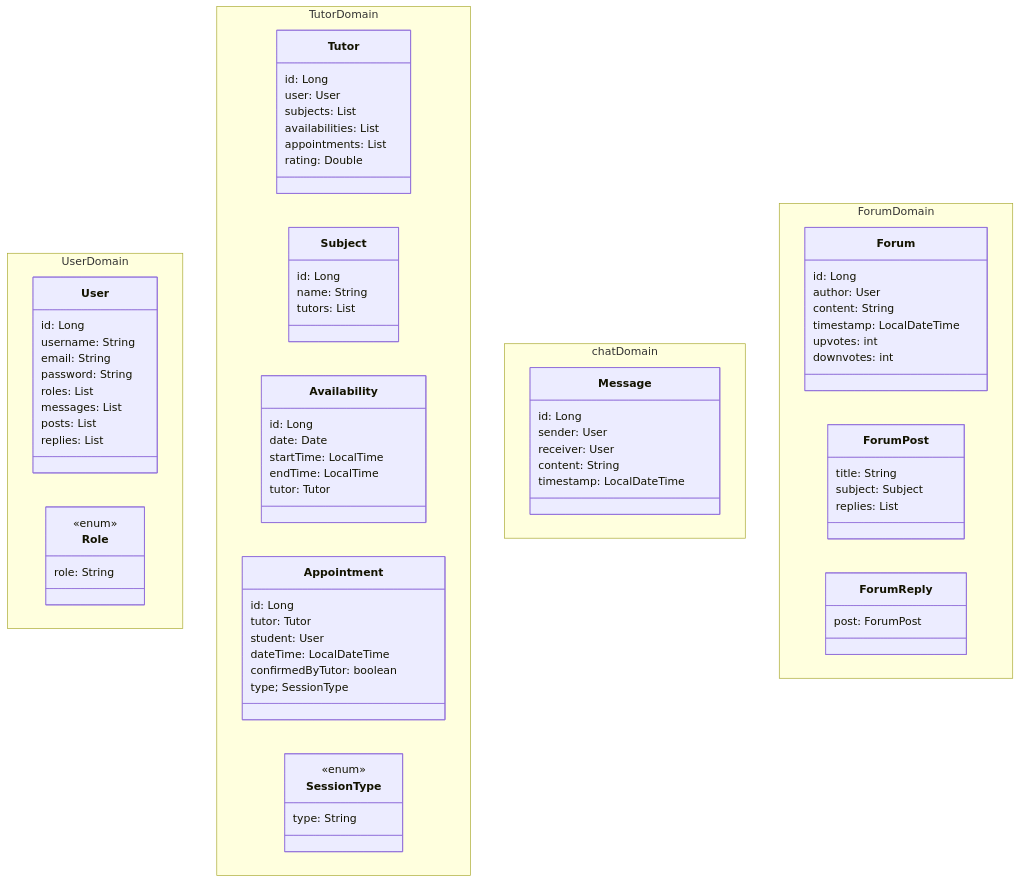
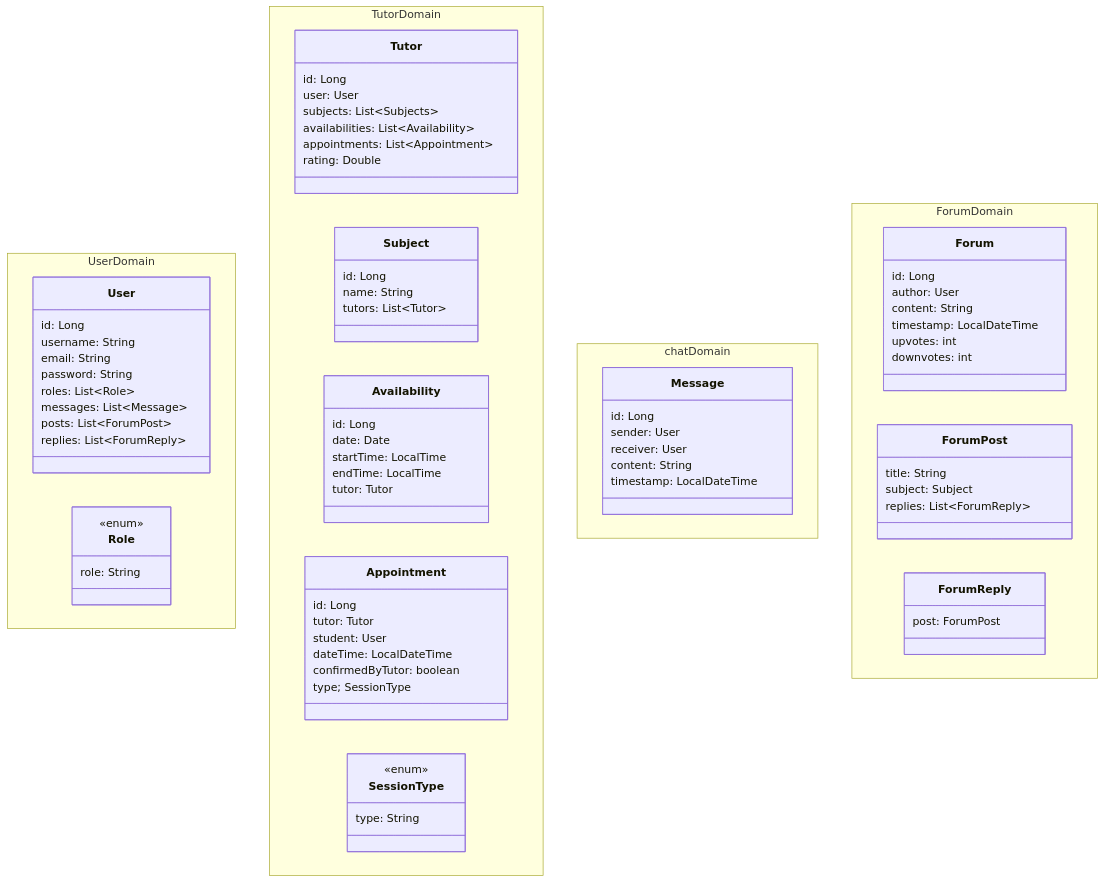
One commit to sioterino/anemonas changed the diagram in docs/diagramas/diagrama-classes/models.md. Above: the diagram before and after it, drawn with Mermaid. The commit also changed 2 other files, not shown here.

Commit message:
diagrama de classes / erro de sintax no mermaid

```diff
--- a/docs/diagramas/diagrama-classes/models.md
+++ b/docs/diagramas/diagrama-classes/models.md
@@ -10,11 +10,11 @@
             username: String
             email: String
             password: String
-            roles: List<Role>
+            roles: List~Role~
 
-            messages: List<Message>
-            posts: List<ForumPost>
-            replies: List<ForumReply>
+            messages: List~Message~
+            posts: List~ForumPost~
+            replies: List~ForumReply~
         }
 
         class Role {
@@ -27,16 +27,16 @@
         class Tutor {
             id: Long
             user: User
-            subjects: List<Subjects>
-            availabilities: List<Availability>
-            appointments: List<Appointment>
+            subjects: List~Subjects~
+            availabilities: List~Availability~
+            appointments: List~Appointment~
             rating: Double
         }
 
         class Subject {
             id: Long
             name: String
-            tutors: List<Tutor>
+            tutors: List~Tutor~
         }
 
         class Availability {
@@ -86,7 +86,7 @@
         class ForumPost {
             title: String
             subject: Subject
-            replies: List<ForumReply>
+            replies: List~ForumReply~
         }
 
         class ForumReply {
```
